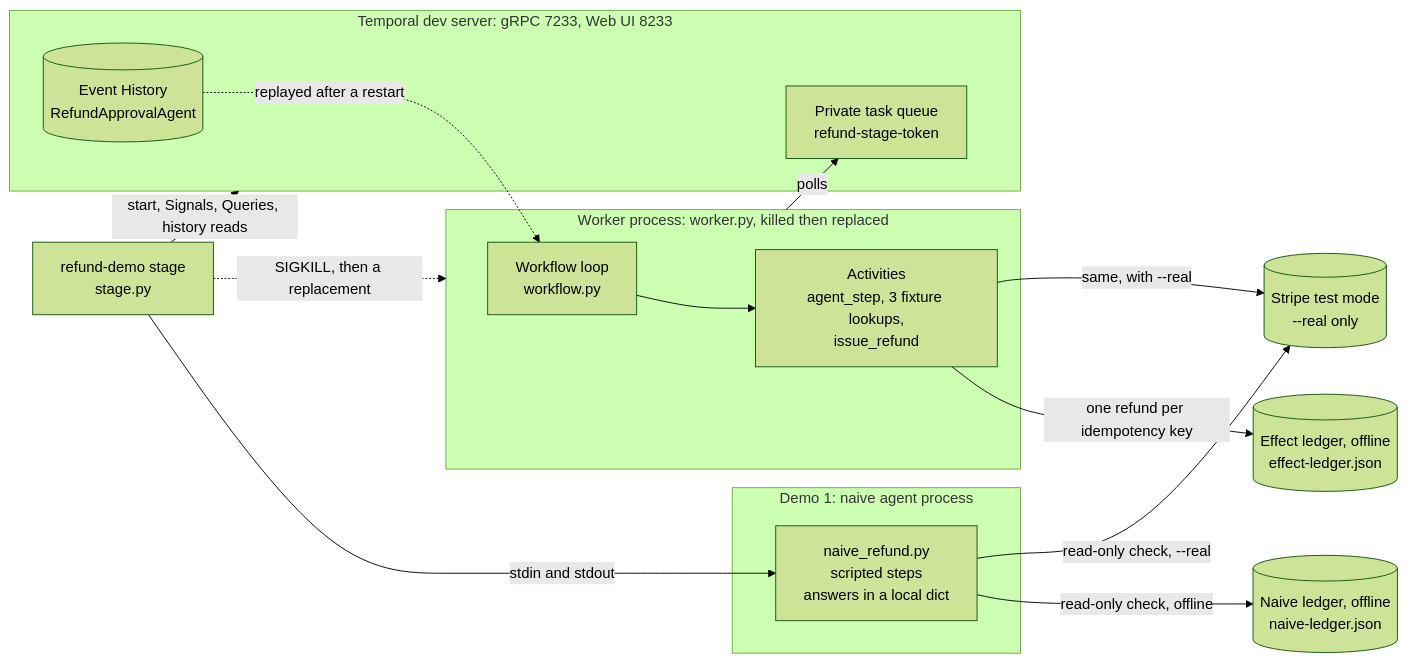
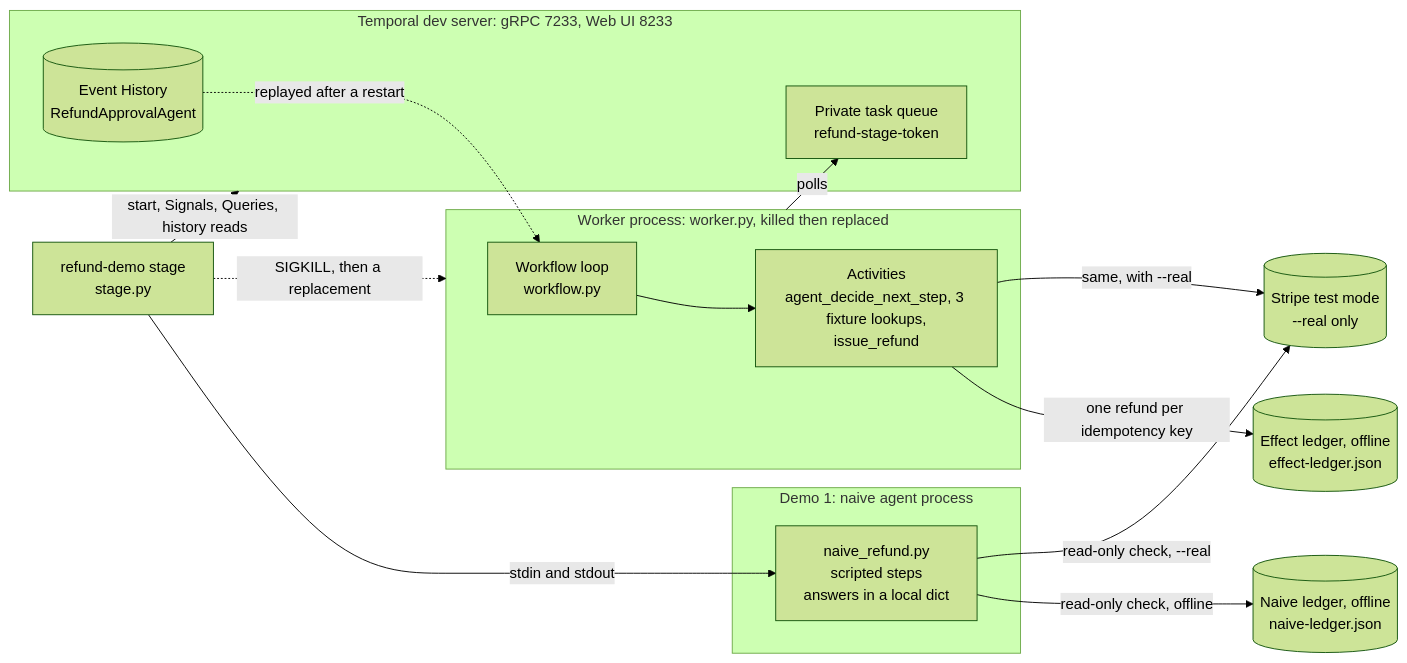
One commit to temporal-community/agent-memory-and-state changed the diagram in README.md. Above: the diagram before and after it, drawn with Mermaid (forest theme). The commit also changed other lines of this file and 19 other files, not shown here.

````diff
--- a/README.md
+++ b/README.md
@@ -155,30 +154,30 @@
 ```mermaid
 flowchart LR
     accTitle: How the guided stage demo is wired
     accDescr: The refund-demo stage command drives both demos. Demo 1 is a scripted naive agent process that keeps its answers in memory, and after it is killed a new process only reads the effect owner. Demo 2 starts a Temporal Workflow on a local dev server. A separate Worker process polls a private task queue on that server and runs the Workflow loop and its Activities. The stage kills that Worker and starts a replacement, which replays Event History to rebuild the loop and then issues one refund to the offline effect ledger, or to Stripe test mode with --real.
     stage["refund-demo stage<br/>stage.py"]
     subgraph demo1["Demo 1: naive agent process"]
         naive["naive_refund.py<br/>scripted steps<br/>answers in a local dict"]
     end
     subgraph server["Temporal dev server: gRPC 7233, Web UI 8233"]
         queue["Private task queue<br/>refund-stage-token"]
         history[("Event History<br/>RefundApprovalAgent")]
     end
     subgraph worker["Worker process: worker.py, killed then replaced"]
         wf["Workflow loop<br/>workflow.py"]
-        acts["Activities<br/>agent_step, 3 fixture lookups,<br/>issue_refund"]
+        acts["Activities<br/>agent_decide_next_step, 3 fixture lookups,<br/>issue_refund"]
     end
     naiveLedger[("Naive ledger, offline<br/>naive-ledger.json")]
     effectLedger[("Effect ledger, offline<br/>effect-ledger.json")]
     stripe[("Stripe test mode<br/>--real only")]
     stage -->|"stdin and stdout"| naive
     naive -->|"read-only check, offline"| naiveLedger
     naive -->|"read-only check, --real"| stripe
     stage -->|"start, Signals, Queries, history reads"| server
     worker -->|"polls"| queue
     history -.->|"replayed after a restart"| wf
     wf --> acts
     acts -->|"one refund per idempotency key"| effectLedger
     acts -->|"same, with --real"| stripe
     stage -.->|"SIGKILL, then a replacement"| worker
 ```
````
